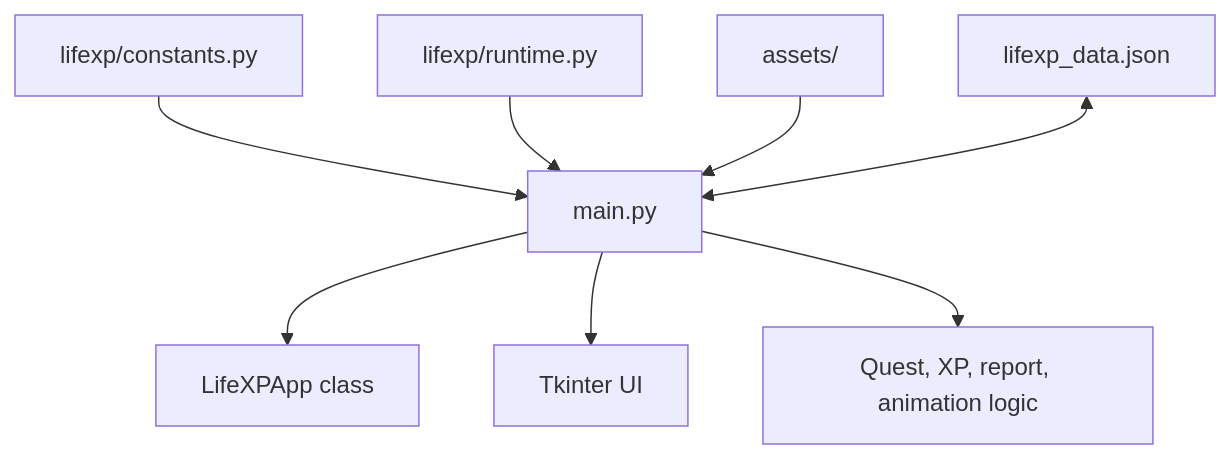
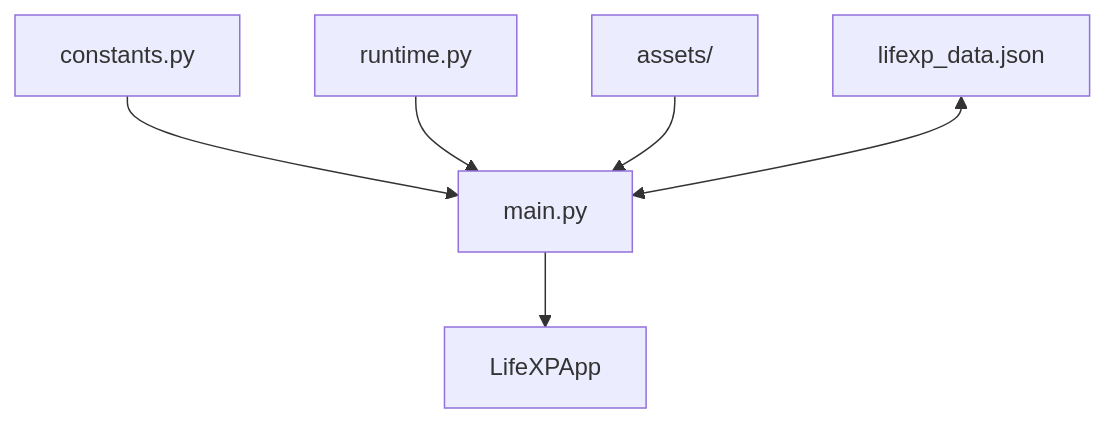
The second of 30 diagrams in docs/beginner-guide/02-intermediate.md (nimbold/LifeXP), drawn with Mermaid before and after one commit. The commit also changed other lines of this file, not shown here.

````diff
--- a/docs/beginner-guide/02-intermediate.md
+++ b/docs/beginner-guide/02-intermediate.md
@@ -23,10 +92,8 @@
 ```mermaid
 flowchart TD
-    A["main.py"] --> B["LifeXPApp class"]
-    A --> C["Tkinter UI"]
-    A --> D["Quest, XP, report, animation logic"]
-    E["lifexp/constants.py"] --> A
-    F["lifexp/runtime.py"] --> A
-    G["assets/"] --> A
-    H["lifexp_data.json"] <--> A
+    A["main.py"] --> B["LifeXPApp"]
+    C["constants.py"] --> A
+    D["runtime.py"] --> A
+    E["assets/"] --> A
+    F["lifexp_data.json"] <--> A
 ```
````
